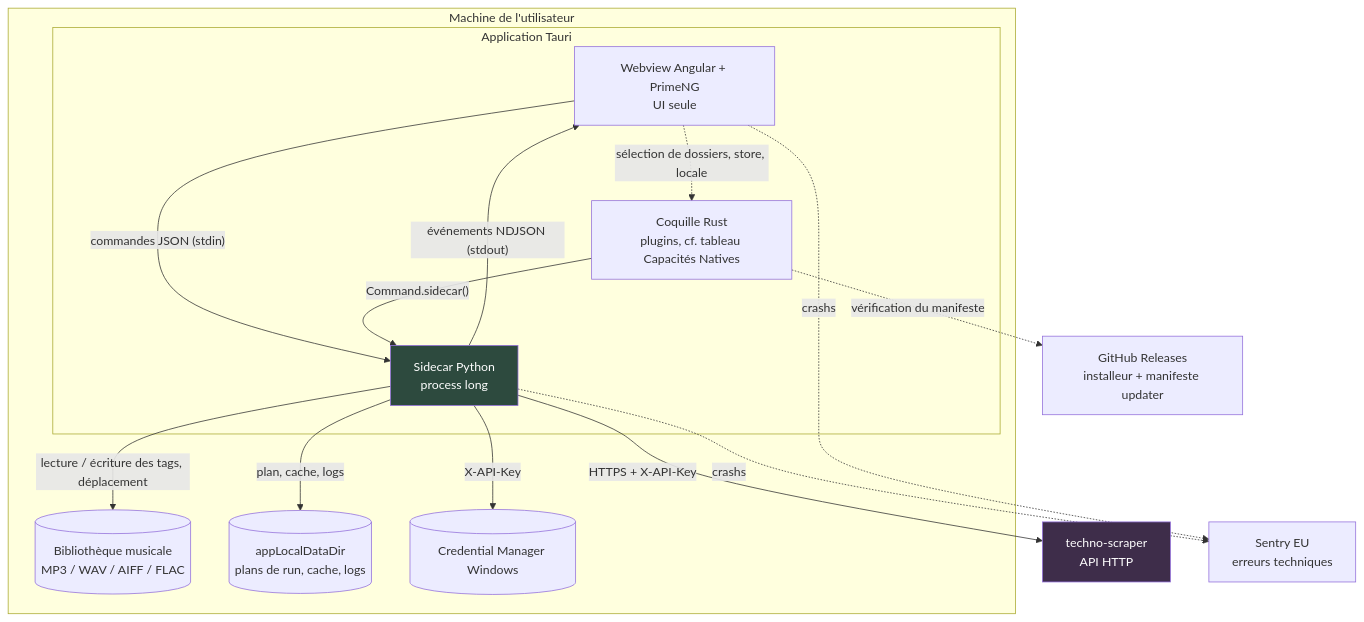
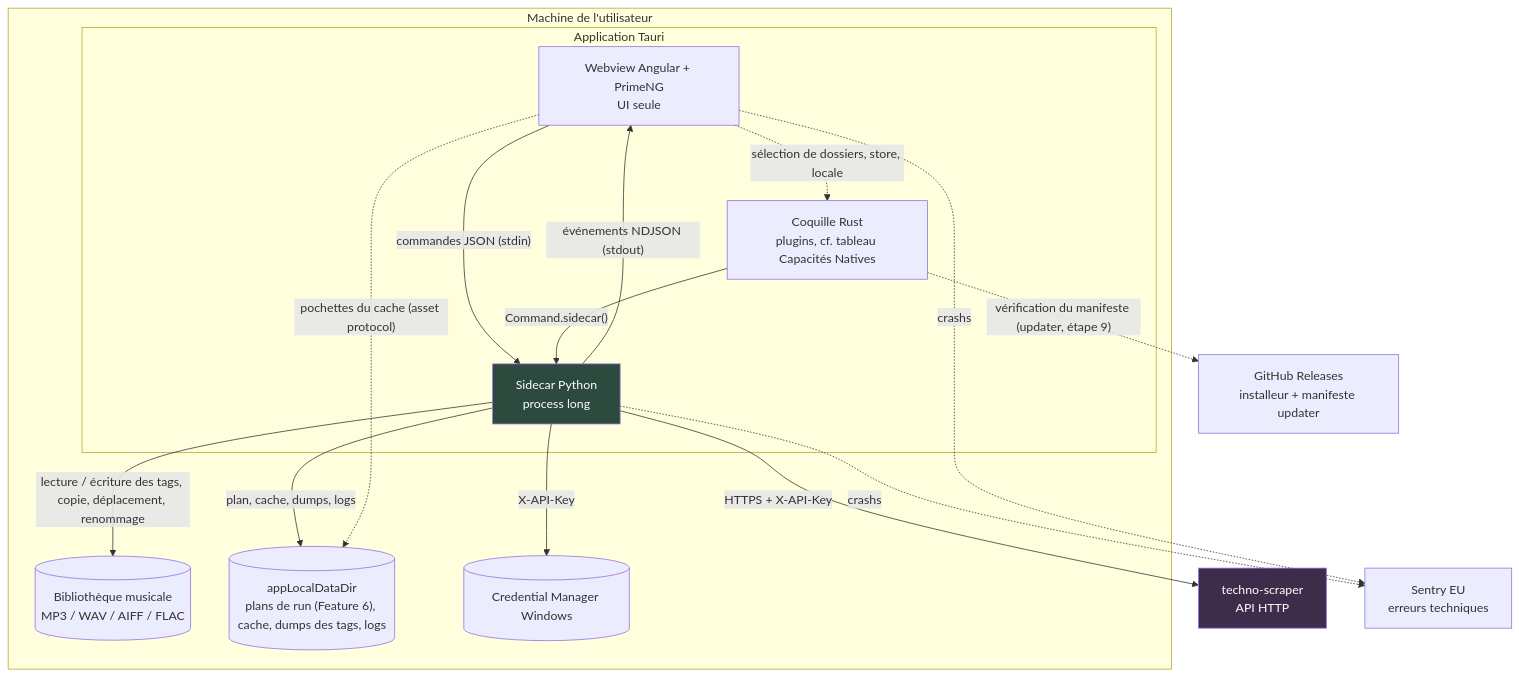
The first of 5 diagrams in docs/ARCHITECTURE.md (thibaud57/techno-tagger), drawn with Mermaid before and after one commit. The commit also changed other lines of this file and 315 other files, not shown here.

First line of the commit message:
feat: écriture des tags, renommage et restauration des fichiers (#67)

````diff
--- a/docs/ARCHITECTURE.md
+++ b/docs/ARCHITECTURE.md
@@ -172,32 +177,33 @@
 ```mermaid
 graph TB
     subgraph machine["Machine de l'utilisateur"]
         subgraph app["Application Tauri"]
             ui["Webview Angular + PrimeNG<br/>UI seule"]
             rust["Coquille Rust<br/>plugins, cf. tableau Capacités Natives"]
             side["Sidecar Python<br/>process long"]
         end
         fs[("Bibliothèque musicale<br/>MP3 / WAV / AIFF / FLAC")]
-        data[("appLocalDataDir<br/>plans de run, cache, logs")]
+        data[("appLocalDataDir<br/>plans de run (Feature 6), cache, dumps des tags, logs")]
         kr[("Credential Manager Windows")]
     end
 
     api["techno-scraper<br/>API HTTP"]
     sentry["Sentry EU<br/>erreurs techniques"]
     gh["GitHub Releases<br/>installeur + manifeste updater"]
 
     ui -->|"commandes JSON (stdin)"| side
     side -->|"événements NDJSON (stdout)"| ui
     ui -.->|"sélection de dossiers, store, locale"| rust
     rust -->|"Command.sidecar()"| side
-    side -->|"lecture / écriture des tags, déplacement"| fs
-    side -->|"plan, cache, logs"| data
+    side -->|"lecture / écriture des tags, copie, déplacement, renommage"| fs
+    side -->|"plan, cache, dumps, logs"| data
+    ui -.->|"pochettes du cache (asset protocol)"| data
     side -->|"X-API-Key"| kr
     side -->|"HTTPS + X-API-Key"| api
     side -.->|"crashs"| sentry
     ui -.->|"crashs"| sentry
-    rust -.->|"vérification du manifeste"| gh
+    rust -.->|"vérification du manifeste (updater, étape 9)"| gh
 
     style side fill:#2d4a3e,color:#fff
     style api fill:#3e2d4a,color:#fff
 ```
````
